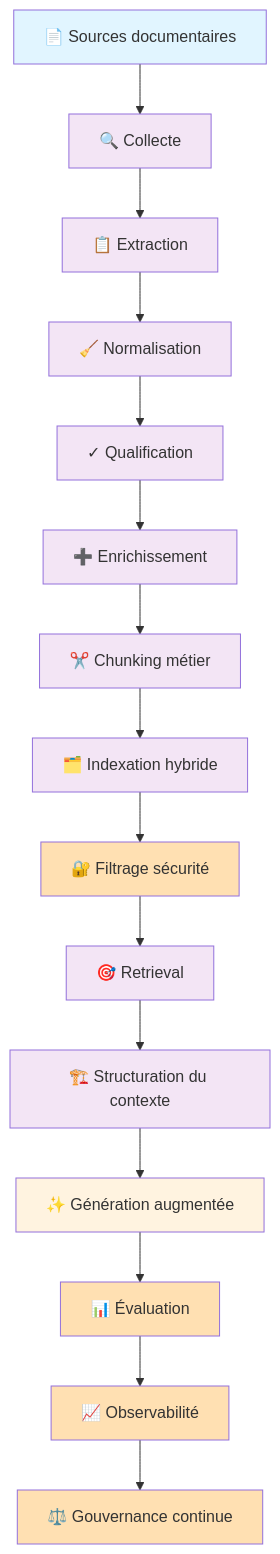
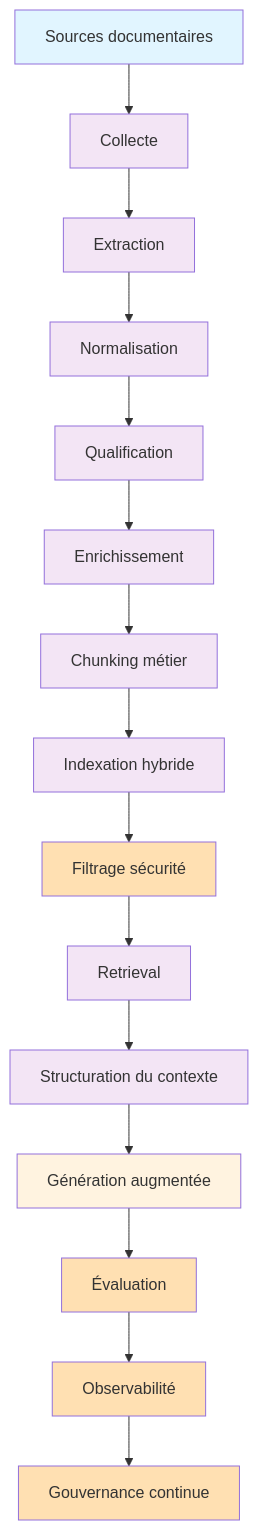
The third of 3 diagrams in src/content/blog/rag-industrializing-unstructured-data/fr.mdx (ricken07/com.rickenbazolo), drawn with Mermaid before and after one commit. The commit also changed 9 other files, not shown here.

Commit message:
chore(content): remove emojis from articles and schemas

````diff
--- a/src/content/blog/rag-industrializing-unstructured-data/fr.mdx
+++ b/src/content/blog/rag-industrializing-unstructured-data/fr.mdx
@@ -369,34 +369,34 @@
 ```mermaid
 flowchart TD
-    A["📄 Sources documentaires"] 
-    --> B["🔍 Collecte"]
-    --> C["📋 Extraction"]
-    --> D["🧹 Normalisation"]
-    --> E["✓ Qualification"]
-    --> F["➕ Enrichissement"]
-    --> G["✂️ Chunking métier"]
-    --> H["🗂️ Indexation hybride"]
-    --> I["🔐 Filtrage sécurité"]
-    --> J["🎯 Retrieval"]
-    --> K["🏗️ Structuration du contexte"]
-    --> L["✨ Génération augmentée"]
-    --> M["📊 Évaluation"]
-    --> N["📈 Observabilité"]
-    --> O["⚖️ Gouvernance continue"]
+    A["Sources documentaires"] 
+    --> B["Collecte"]
+    --> C["Extraction"]
+    --> D["Normalisation"]
+    --> E["Qualification"]
+    --> F["Enrichissement"]
+    --> G["Chunking métier"]
+    --> H["Indexation hybride"]
+    --> I["Filtrage sécurité"]
+    --> J["Retrieval"]
+    --> K["Structuration du contexte"]
+    --> L["Génération augmentée"]
+    --> M["Évaluation"]
+    --> N["Observabilité"]
+    --> O["Gouvernance continue"]
     
     style A fill:#e1f5ff
     style B fill:#f3e5f5
     style C fill:#f3e5f5
     style D fill:#f3e5f5
     style E fill:#f3e5f5
     style F fill:#f3e5f5
     style G fill:#f3e5f5
     style H fill:#f3e5f5
     style I fill:#ffe0b2
     style J fill:#f3e5f5
     style K fill:#f3e5f5
     style L fill:#fff3e0
     style M fill:#ffe0b2
     style N fill:#ffe0b2
     style O fill:#ffe0b2
 ```
````
